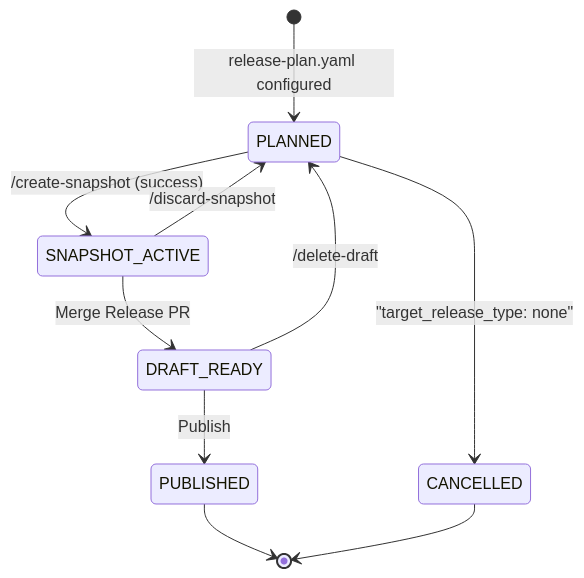
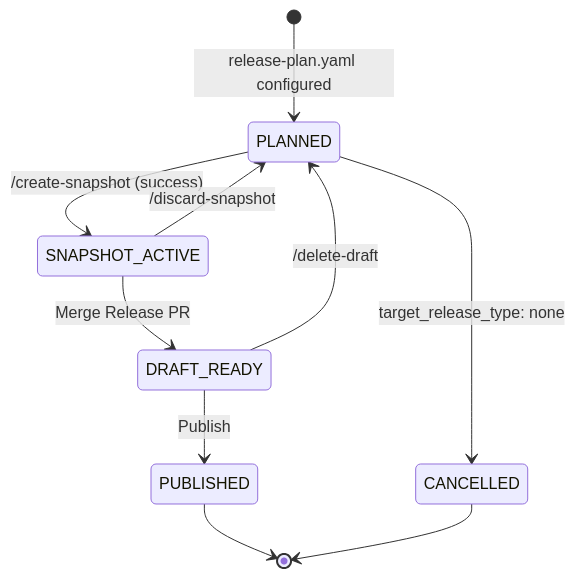
One commit to camaraproject/ReleaseManagement changed the diagram in documentation/SupportingDocuments/CAMARA-Release-Creation-Detailed-Design.md. Above: the diagram before and after it, drawn with Mermaid.

Commit message:
Fix syntax in state diagram for CANCELLED transition

````diff
--- a/documentation/SupportingDocuments/CAMARA-Release-Creation-Detailed-Design.md
+++ b/documentation/SupportingDocuments/CAMARA-Release-Creation-Detailed-Design.md
@@ -354,12 +354,12 @@
 ```mermaid
 stateDiagram-v2
     [*] --> PLANNED : release-plan.yaml configured
     PLANNED --> SNAPSHOT_ACTIVE : /create-snapshot (success)
-    PLANNED --> CANCELLED : "target_release_type: none"
+    PLANNED --> CANCELLED : target_release_type#colon; none
     SNAPSHOT_ACTIVE --> PLANNED : /discard-snapshot
     SNAPSHOT_ACTIVE --> DRAFT_READY : Merge Release PR
     DRAFT_READY --> PLANNED : /delete-draft
     DRAFT_READY --> PUBLISHED : Publish
     PUBLISHED --> [*]
     CANCELLED --> [*]
 ```
````
